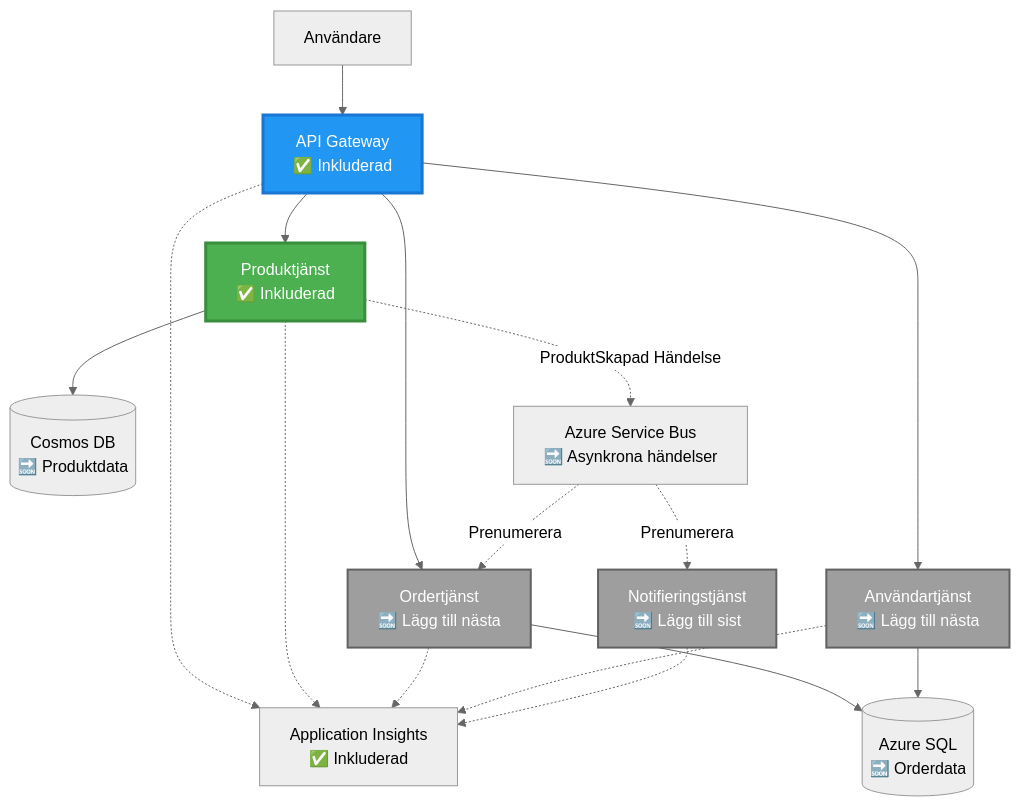
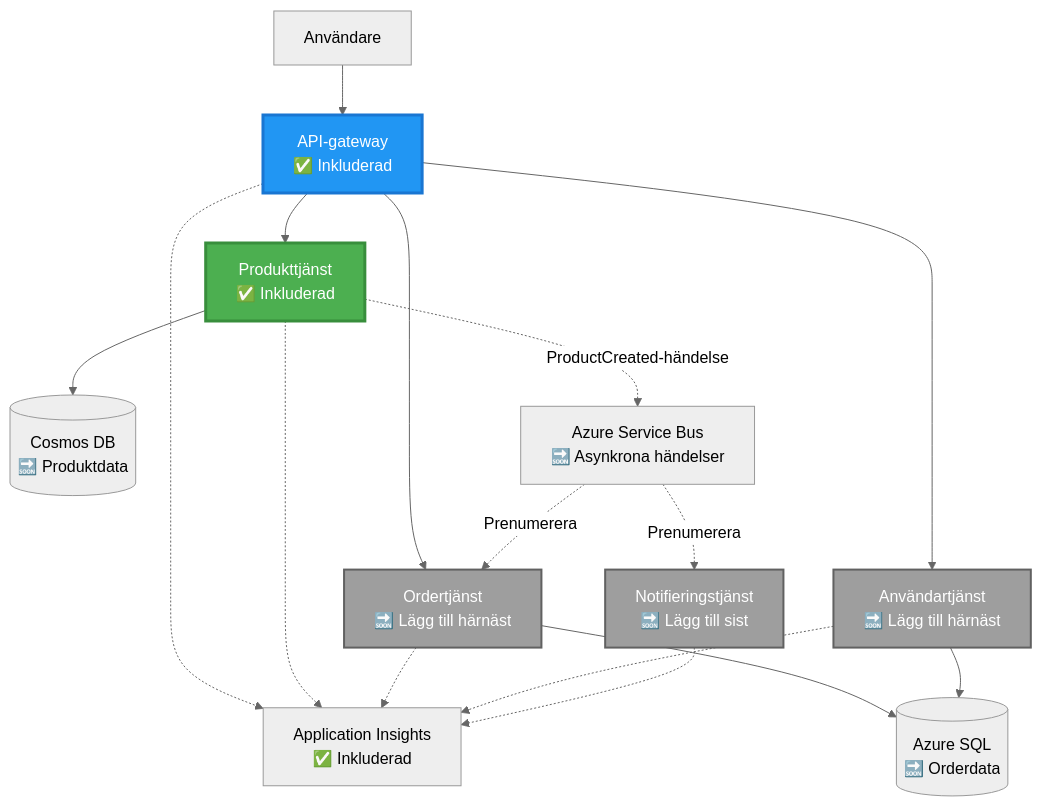
The second of 4 diagrams in translations/sv/examples/microservices/README.md (microsoft/AZD-for-beginners), drawn with Mermaid (neutral theme) before and after one commit. The commit also changed other lines of this file and 242 other files, not shown here.

````diff
--- a/translations/sv/examples/microservices/README.md
+++ b/translations/sv/examples/microservices/README.md
@@ -78,39 +69,39 @@
 ```mermaid
 graph TB
     User[Användare]
-    Gateway[API Gateway<br/>✅ Inkluderad]
-    Product[Produktjänst<br/>✅ Inkluderad]
-    Order[Ordertjänst<br/>🔜 Lägg till nästa]
-    UserSvc[Användartjänst<br/>🔜 Lägg till nästa]
+    Gateway[API-gateway<br/>✅ Inkluderad]
+    Product[Produkttjänst<br/>✅ Inkluderad]
+    Order[Ordertjänst<br/>🔜 Lägg till härnäst]
+    UserSvc[Användartjänst<br/>🔜 Lägg till härnäst]
     Notify[Notifieringstjänst<br/>🔜 Lägg till sist]
     
     CosmosDB[(Cosmos DB<br/>🔜 Produktdata)]
     AzureSQL[(Azure SQL<br/>🔜 Orderdata)]
     ServiceBus[Azure Service Bus<br/>🔜 Asynkrona händelser]
     AppInsights[Application Insights<br/>✅ Inkluderad]
     
     User --> Gateway
     Gateway --> Product
     Gateway --> Order
     Gateway --> UserSvc
     
     Product --> CosmosDB
     Order --> AzureSQL
     UserSvc --> AzureSQL
     
-    Product -.->|ProduktSkapad Händelse| ServiceBus
+    Product -.->|ProductCreated-händelse| ServiceBus
     ServiceBus -.->|Prenumerera| Notify
     ServiceBus -.->|Prenumerera| Order
     
     Gateway -.-> AppInsights
     Product -.-> AppInsights
     Order -.-> AppInsights
     UserSvc -.-> AppInsights
     Notify -.-> AppInsights
     
     style Product fill:#4CAF50,stroke:#388E3C,stroke-width:3px,color:#fff
     style Gateway fill:#2196F3,stroke:#1976D2,stroke-width:3px,color:#fff
     style Order fill:#9E9E9E,stroke:#616161,stroke-width:2px,color:#fff
     style UserSvc fill:#9E9E9E,stroke:#616161,stroke-width:2px,color:#fff
     style Notify fill:#9E9E9E,stroke:#616161,stroke-width:2px,color:#fff
 ```
````
